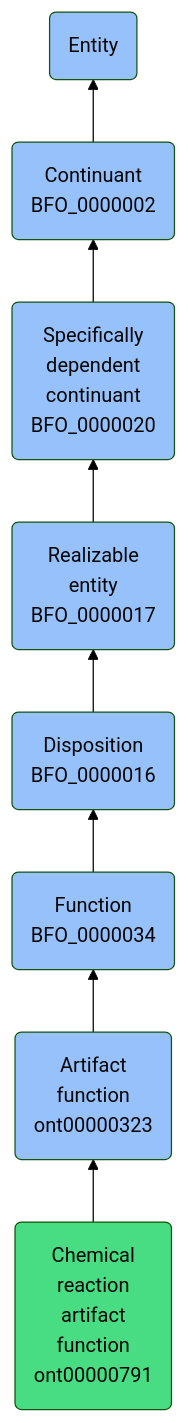
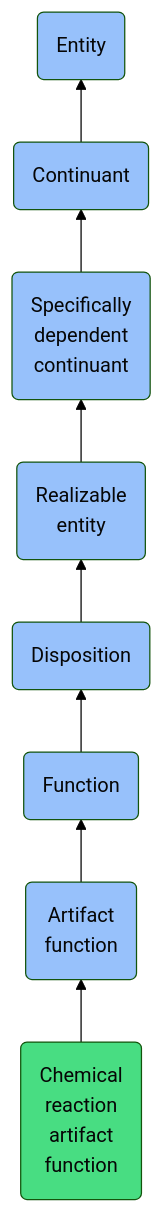
One commit to jupyter-naas/abi changed the diagram in docs/ontology/reference/model/Entity/Continuant/Specifically dependent continuant/Realizable entity/Disposition/Function/Artifact function/Chemical reaction artifact function/Chemical reaction artifact function.md. Above: the diagram before and after it, drawn with Mermaid (forest theme). The commit also changed other lines of this file and 1430 other files, not shown here.

````diff
--- a/docs/ontology/reference/model/Entity/Continuant/Specifically dependent continuant/Realizable entity/Disposition/Function/Artifact function/Chemical reaction artifact function/Chemical reaction artifact function.md
+++ b/docs/ontology/reference/model/Entity/Continuant/Specifically dependent continuant/Realizable entity/Disposition/Function/Artifact function/Chemical reaction artifact function/Chemical reaction artifact function.md
@@ -24,15 +24,15 @@
 ```mermaid
 graph BT
-    ont00000791(Chemical<br>reaction<br>artifact<br>function<br>ont00000791):::ABI-->ont00000323
-    ont00000323(Artifact<br>function<br>ont00000323):::BFO-->BFO_0000034
-    BFO_0000034(Function<br>BFO_0000034):::BFO-->BFO_0000016
-    BFO_0000016(Disposition<br>BFO_0000016):::BFO-->BFO_0000017
-    BFO_0000017(Realizable<br>entity<br>BFO_0000017):::BFO-->BFO_0000020
-    BFO_0000020(Specifically<br>dependent<br>continuant<br>BFO_0000020):::BFO-->BFO_0000002
-    BFO_0000002(Continuant<br>BFO_0000002):::BFO-->BFO_0000001
+    ont00000791(Chemical<br>reaction<br>artifact<br>function):::ABI-->ont00000323
+    ont00000323(Artifact<br>function):::BFO-->BFO_0000034
+    BFO_0000034(Function):::BFO-->BFO_0000016
+    BFO_0000016(Disposition):::BFO-->BFO_0000017
+    BFO_0000017(Realizable<br>entity):::BFO-->BFO_0000020
+    BFO_0000020(Specifically<br>dependent<br>continuant):::BFO-->BFO_0000002
+    BFO_0000002(Continuant):::BFO-->BFO_0000001
     BFO_0000001(Entity):::BFO
     
     classDef BFO fill:#97c1fb,color:#060606
     classDef CCO fill:#e4c51e,color:#060606
     classDef ABI fill:#48DD82,color:#060606
 ```
````
